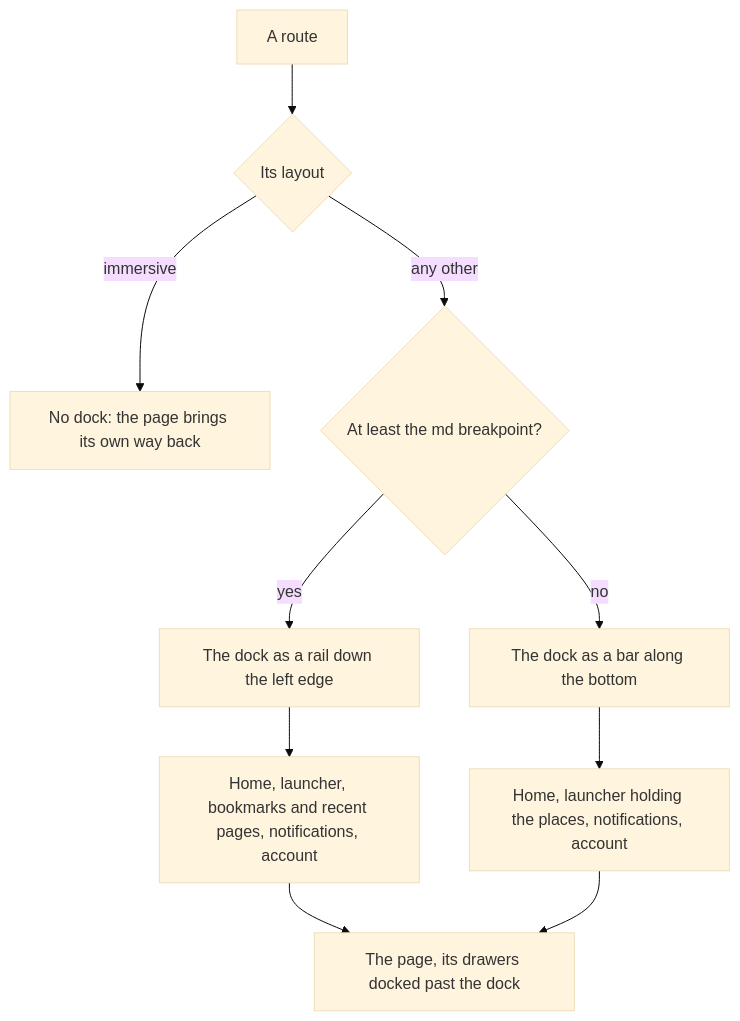
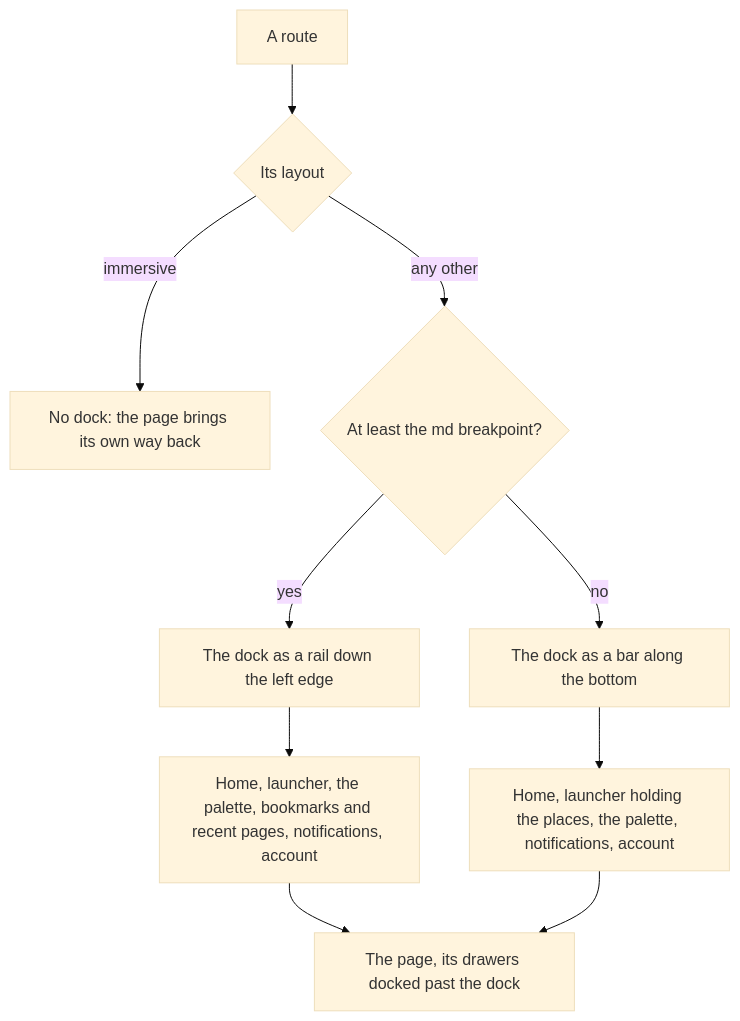
Before and after one commit to Esposter/Esposter: the third of 6 diagrams in apps/web/content/docs/architecture/ui-library.md, drawn with Mermaid (base theme). The commit also changed other lines of this file and 66 other files, not shown here.

````diff
--- a/apps/web/content/docs/architecture/ui-library.md
+++ b/apps/web/content/docs/architecture/ui-library.md
@@ -123,12 +128,12 @@
 ```mermaid
 flowchart TD
   R[A route] --> L{Its layout}
   L -->|immersive| I[No dock: the page brings its own way back]
   L -->|any other| W{At least the md breakpoint?}
   W -->|yes| RL[The dock as a rail down the left edge]
   W -->|no| BB[The dock as a bar along the bottom]
-  RL --> D[Home, launcher, bookmarks and recent pages, notifications, account]
-  BB --> DN[Home, launcher holding the places, notifications, account]
+  RL --> D[Home, launcher, the palette, bookmarks and recent pages, notifications, account]
+  BB --> DN[Home, launcher holding the places, the palette, notifications, account]
   D --> P[The page, its drawers docked past the dock]
   DN --> P
 ```
````
